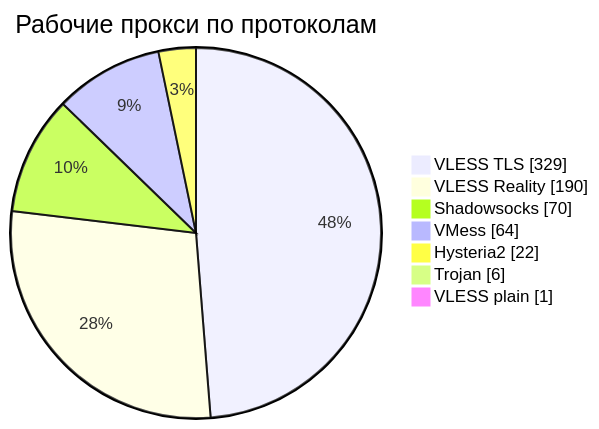
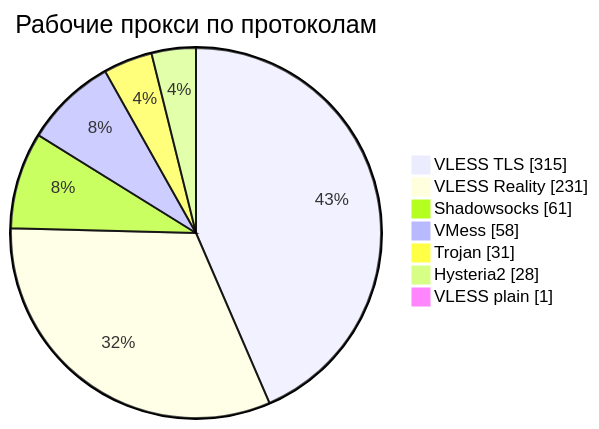
Before and after one commit to rvvg/proxy-subs: the third of 4 diagrams in README.md, drawn with Mermaid. The commit also changed other lines of this file and 43 other files, not shown here.

````diff
--- a/README.md
+++ b/README.md
@@ -131,11 +130,11 @@
 ```mermaid
 pie showData
     title Рабочие прокси по протоколам
-    "VLESS TLS" : 329
-    "VLESS Reality" : 190
-    "Shadowsocks" : 70
-    "VMess" : 64
-    "Hysteria2" : 22
-    "Trojan" : 6
+    "VLESS TLS" : 315
+    "VLESS Reality" : 231
+    "Shadowsocks" : 61
+    "VMess" : 58
+    "Trojan" : 31
+    "Hysteria2" : 28
     "VLESS plain" : 1
 ```
````
